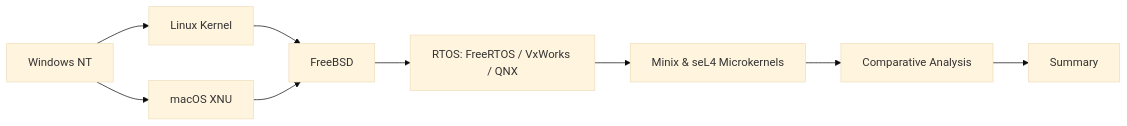
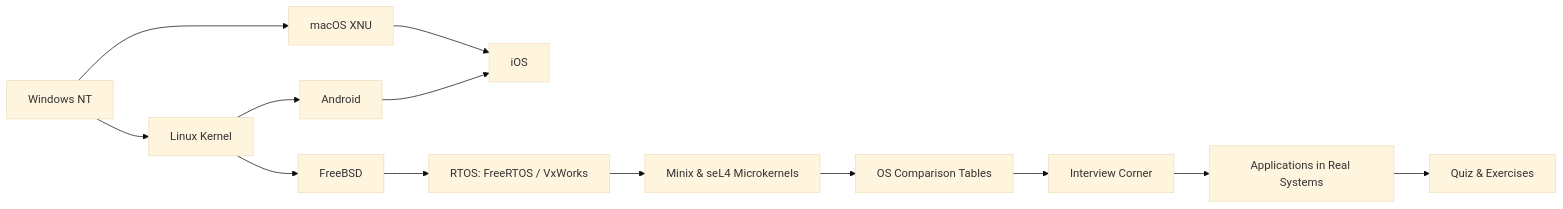
The diagram in docs/courses/operating-systems/18-case-studies.md (Raushan666java/ai-engineering-journey), drawn with Mermaid (base theme) before and after one commit. The commit also changed other lines of this file and 17 other files, not shown here.

```diff
--- a/docs/courses/operating-systems/18-case-studies.md
+++ b/docs/courses/operating-systems/18-case-studies.md
@@ -30,11 +36,15 @@
 <div class="mermaid">
 flowchart LR
     A[Windows NT] --> B[Linux Kernel]
     A --> C[macOS XNU]
     B --> D[FreeBSD]
-    C --> D
-    D --> E[RTOS: FreeRTOS / VxWorks / QNX]
-    E --> F[Minix & seL4 Microkernels]
-    F --> G[Comparative Analysis]
-    G --> H[Summary]
+    B --> E[Android]
+    C --> F[iOS]
+    E --> F
+    D --> G[RTOS: FreeRTOS / VxWorks]
+    G --> H[Minix & seL4 Microkernels]
+    H --> I[OS Comparison Tables]
+    I --> J[Interview Corner]
+    J --> K[Applications in Real Systems]
+    K --> L[Quiz & Exercises]
 </div>
```
